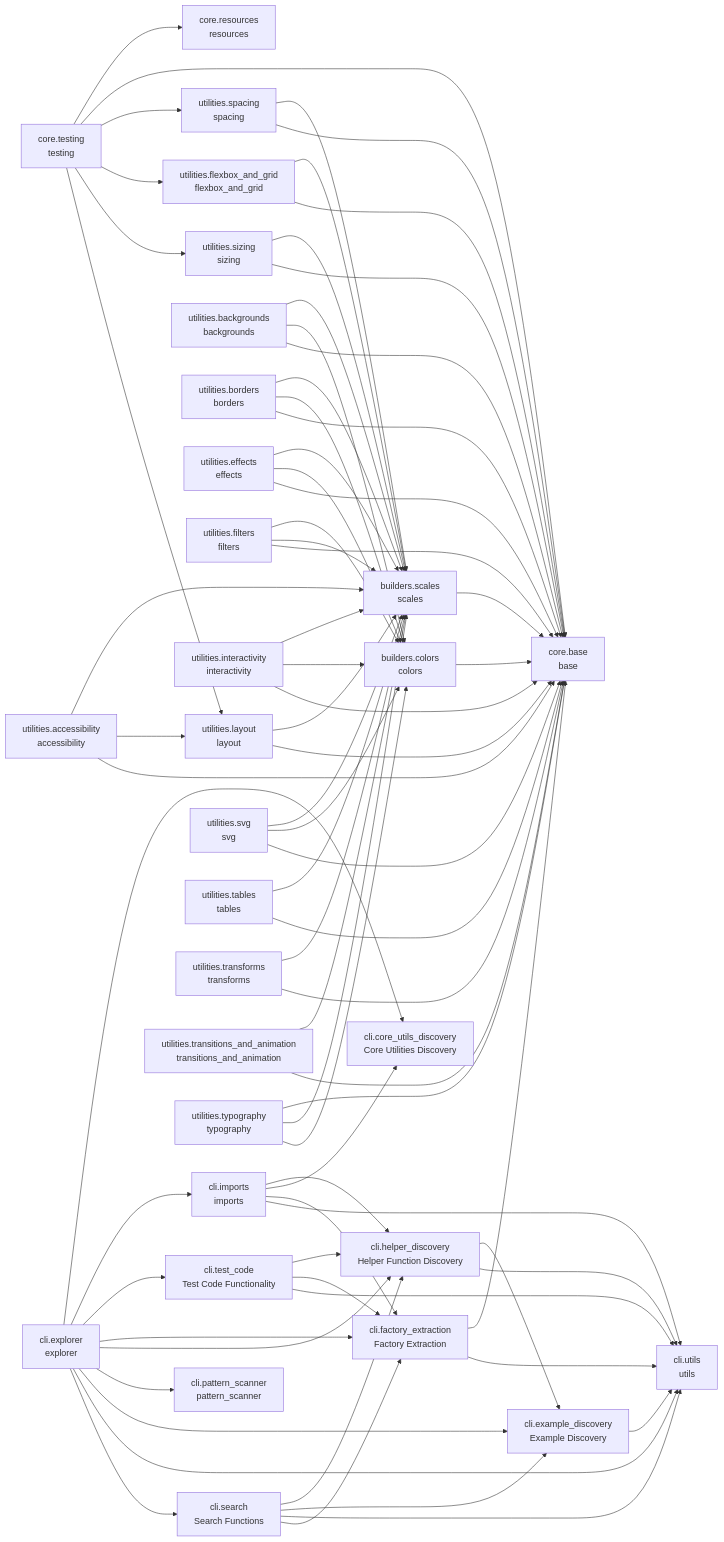
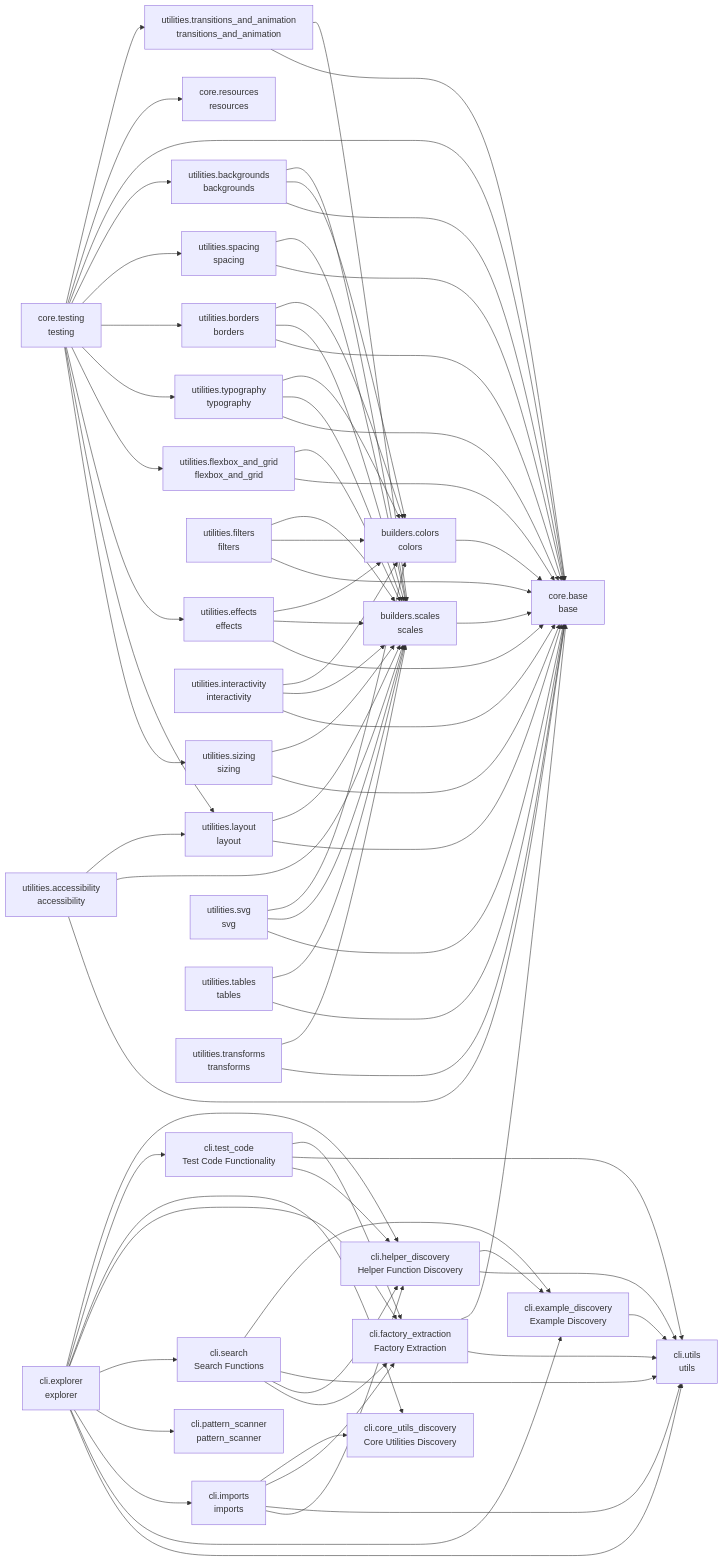
One commit to cj-mills/cjm-fasthtml-tailwind changed the diagram in README.md. Above: the diagram before and after it, drawn with Mermaid. The commit also changed other lines of this file and 2 other files, not shown here.

Commit message:
Update nbs/core/testing.ipynb notebook examples to replace the existing hardcoded CSS strings with the relevant factories from the utilities modules.

````diff
--- a/README.md
+++ b/README.md
@@ -87,56 +87,61 @@
     builders_colors --> core_base
     builders_scales --> core_base
     cli_example_discovery --> cli_utils
-    cli_explorer --> cli_search
     cli_explorer --> cli_utils
     cli_explorer --> cli_example_discovery
+    cli_explorer --> cli_imports
     cli_explorer --> cli_pattern_scanner
+    cli_explorer --> cli_search
+    cli_explorer --> cli_factory_extraction
+    cli_explorer --> cli_core_utils_discovery
+    cli_explorer --> cli_test_code
     cli_explorer --> cli_helper_discovery
-    cli_explorer --> cli_factory_extraction
-    cli_explorer --> cli_test_code
-    cli_explorer --> cli_imports
-    cli_explorer --> cli_core_utils_discovery
     cli_factory_extraction --> cli_utils
     cli_factory_extraction --> core_base
     cli_helper_discovery --> cli_utils
     cli_helper_discovery --> cli_example_discovery
+    cli_imports --> cli_helper_discovery
     cli_imports --> cli_utils
     cli_imports --> cli_factory_extraction
     cli_imports --> cli_core_utils_discovery
-    cli_imports --> cli_helper_discovery
     cli_search --> cli_factory_extraction
+    cli_search --> cli_helper_discovery
     cli_search --> cli_utils
     cli_search --> cli_example_discovery
-    cli_search --> cli_helper_discovery
+    cli_test_code --> cli_helper_discovery
     cli_test_code --> cli_utils
     cli_test_code --> cli_factory_extraction
-    cli_test_code --> cli_helper_discovery
+    core_testing --> utilities_sizing
     core_testing --> utilities_layout
-    core_testing --> utilities_sizing
+    core_testing --> utilities_effects
     core_testing --> utilities_flexbox_and_grid
+    core_testing --> utilities_typography
+    core_testing --> utilities_borders
     core_testing --> utilities_spacing
+    core_testing --> utilities_backgrounds
     core_testing --> core_base
     core_testing --> core_resources
+    core_testing --> utilities_transitions_and_animation
     utilities_accessibility --> core_base
+    utilities_accessibility --> builders_scales
     utilities_accessibility --> utilities_layout
-    utilities_accessibility --> builders_scales
     utilities_backgrounds --> core_base
     utilities_backgrounds --> builders_colors
     utilities_backgrounds --> builders_scales
     utilities_borders --> core_base
+    utilities_borders --> builders_scales
     utilities_borders --> builders_colors
-    utilities_borders --> builders_scales
     utilities_effects --> core_base
+    utilities_effects --> builders_scales
     utilities_effects --> builders_colors
-    utilities_effects --> builders_scales
     utilities_filters --> core_base
+    utilities_filters --> builders_colors
     utilities_filters --> builders_scales
-    utilities_filters --> builders_colors
     utilities_flexbox_and_grid --> core_base
     utilities_flexbox_and_grid --> builders_scales
     utilities_interactivity --> core_base
+    utilities_interactivity --> builders_scales
     utilities_interactivity --> builders_colors
-    utilities_interactivity --> builders_scales
     utilities_layout --> core_base
     utilities_layout --> builders_scales
     utilities_sizing --> core_base
@@ -144,15 +149,15 @@
     utilities_spacing --> core_base
     utilities_spacing --> builders_scales
     utilities_svg --> core_base
+    utilities_svg --> builders_scales
     utilities_svg --> builders_colors
-    utilities_svg --> builders_scales
     utilities_tables --> core_base
     utilities_tables --> builders_scales
     utilities_transforms --> core_base
     utilities_transforms --> builders_scales
     utilities_transitions_and_animation --> core_base
     utilities_transitions_and_animation --> builders_scales
+    utilities_typography --> core_base
+    utilities_typography --> builders_scales
     utilities_typography --> builders_colors
-    utilities_typography --> builders_scales
-    utilities_typography --> core_base
 ```
````
